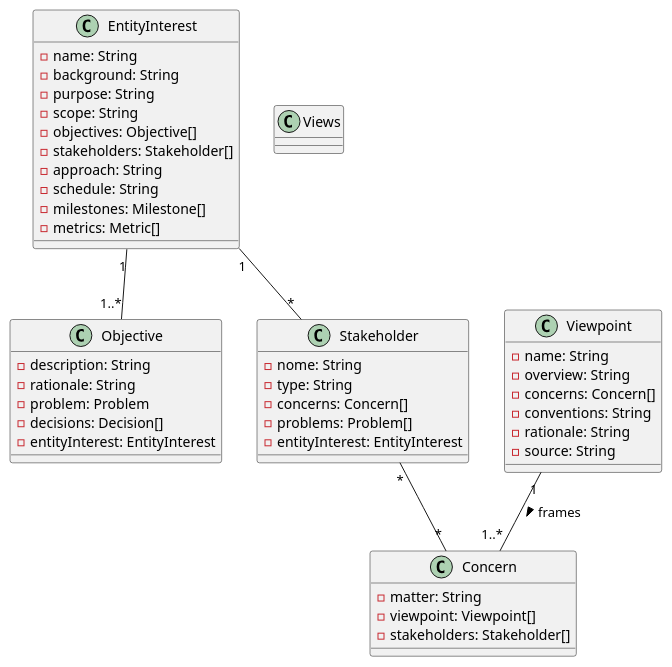
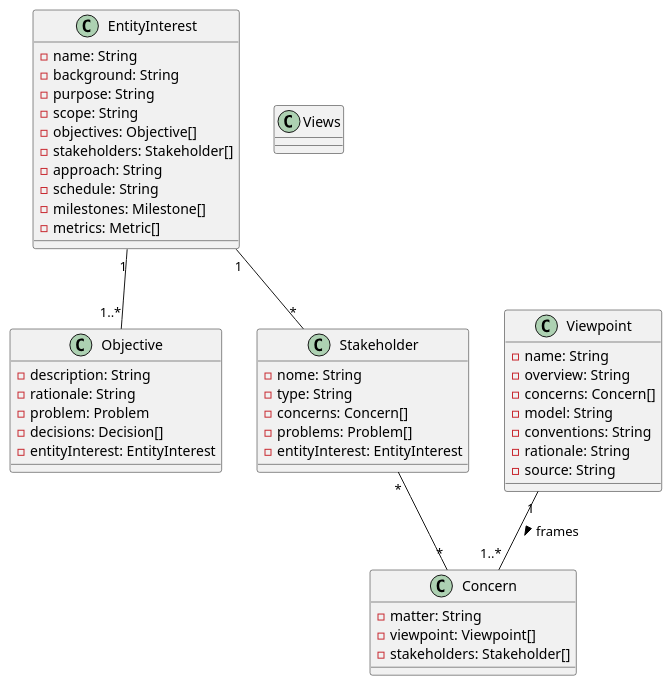
Before and after one commit to zeduardu/archce: the diagram in documentation/archceClassDiagram.puml, drawn with PlantUML. The commit also changed 40 other files, not shown here.

```diff
--- a/documentation/archceClassDiagram.puml
+++ b/documentation/archceClassDiagram.puml
@@ -1,54 +1,55 @@
 @startuml
 
 class EntityInterest {
     - name: String
     - background: String
     - purpose: String
     - scope: String
     - objectives: Objective[]
     - stakeholders: Stakeholder[]
     - approach: String
     - schedule: String
     - milestones: Milestone[]
     - metrics: Metric[]
 }
 
 class Objective {
     - description: String
     - rationale: String
     - problem: Problem
     - decisions: Decision[]
     - entityInterest: EntityInterest
 }
 
 class Viewpoint {
     - name: String
     - overview: String
     - concerns: Concern[]
+    - model: String
     - conventions: String
     - rationale: String
     - source: String
 }
 
 class Concern {
     - matter: String
     - viewpoint: Viewpoint[]
     - stakeholders: Stakeholder[]
 }
 
 class Stakeholder {
     - nome: String
     - type: String
     - concerns: Concern[]
     - problems: Problem[]
     - entityInterest: EntityInterest
 }
 
 class Views {}
 
 EntityInterest "1" -- "1..*" Objective
 EntityInterest "1" -- "*" Stakeholder
 Viewpoint "1" -- "1..*" Concern : > frames
 Stakeholder "*" -- "*" Concern
 
 @enduml
```
